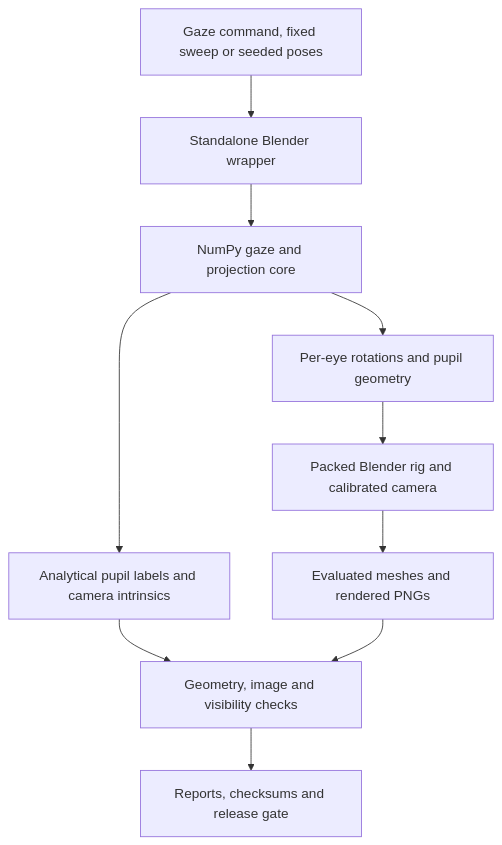
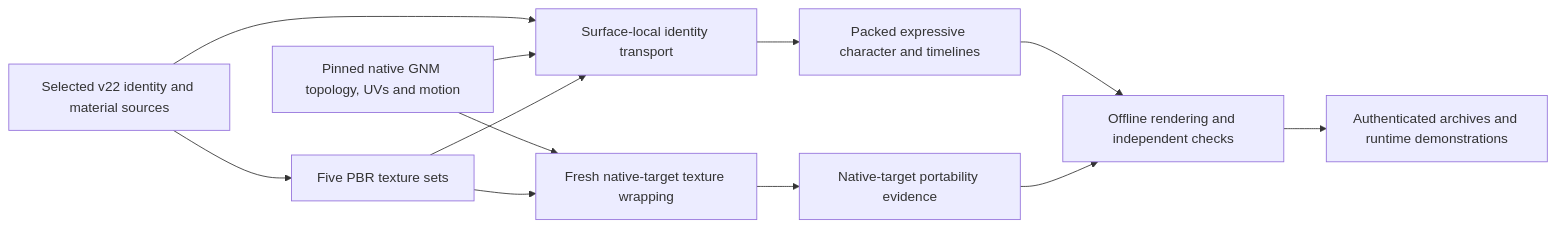
The diagram in README.md (Eldo-John-Giby/Apollo), drawn with Mermaid before and after one commit. The commit also changed other lines of this file and 8 other files, not shown here.

````diff
--- a/README.md
+++ b/README.md
@@ -41,12 +92,14 @@
 ```mermaid
-flowchart TD
-    A["Gaze command, fixed sweep or seeded poses"] --> B["Standalone Blender wrapper"]
-    B --> C["NumPy gaze and projection core"]
-    C --> D["Per-eye rotations and pupil geometry"]
-    D --> E["Packed Blender rig and calibrated camera"]
-    C --> F["Analytical pupil labels and camera intrinsics"]
-    E --> G["Evaluated meshes and rendered PNGs"]
-    F --> H["Geometry, image and visibility checks"]
-    G --> H
-    H --> I["Reports, checksums and release gate"]
+flowchart LR
+    A["Selected v22 identity and material sources"] --> B["Five PBR texture sets"]
+    A --> C["Surface-local identity transport"]
+    N["Pinned native GNM topology, UVs and motion"] --> C
+    N --> D["Fresh native-target texture wrapping"]
+    B --> C
+    B --> D
+    C --> E["Packed expressive character and timelines"]
+    D --> F["Native-target portability evidence"]
+    E --> G["Offline rendering and independent checks"]
+    F --> G
+    G --> H["Authenticated archives and runtime demonstrations"]
 ```
````
